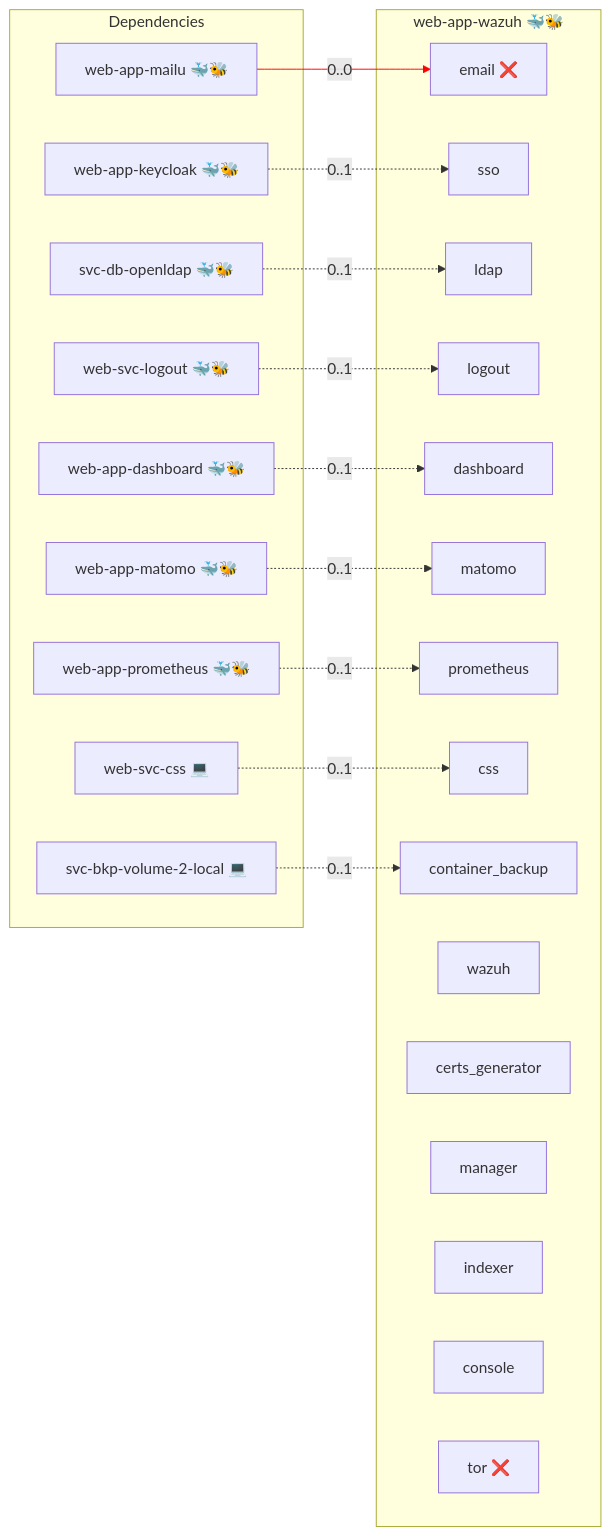
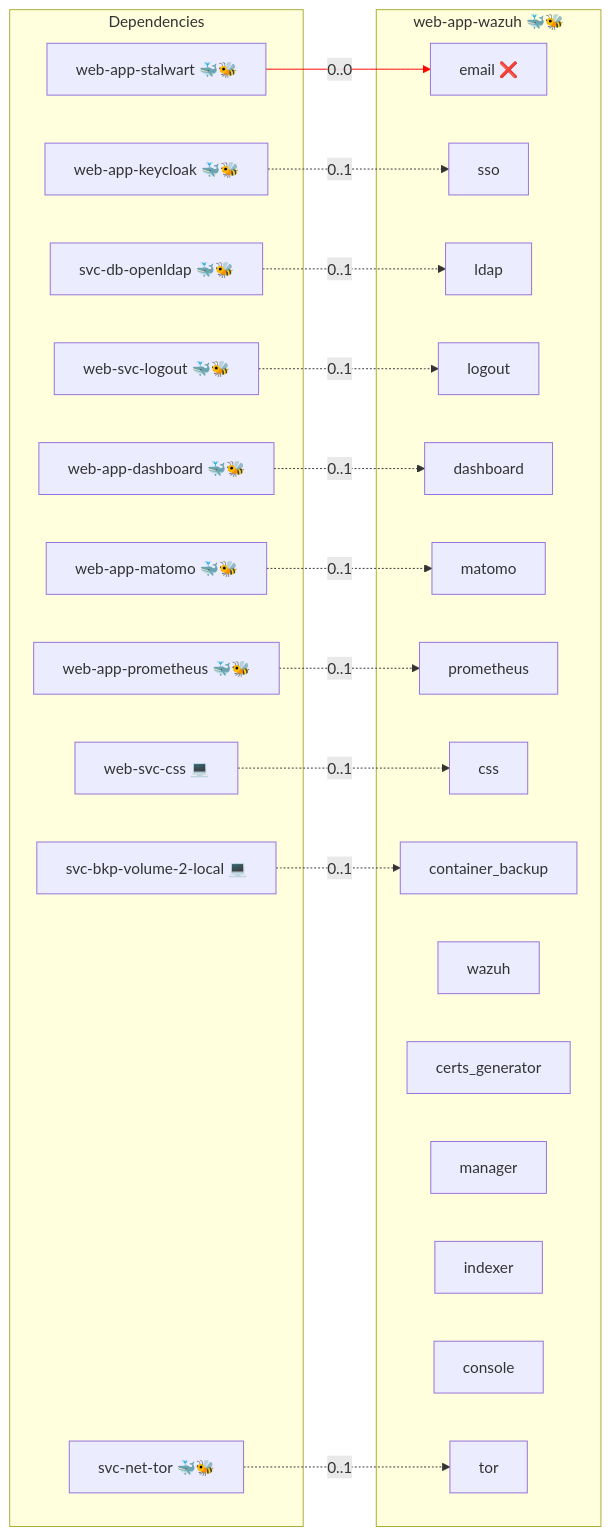
One commit to infinito-nexus/core changed the first of 2 diagrams in roles/web-app-wazuh/README.md. Above: the diagram before and after it, drawn with Mermaid. The commit also changed 14 other files, not shown here.

First line of the commit message:
fix(web-app-wazuh): address PR review feedback

````diff
--- a/roles/web-app-wazuh/README.md
+++ b/roles/web-app-wazuh/README.md
@@ -18,41 +18,43 @@
 ```mermaid
 flowchart LR
     subgraph deps [Dependencies]
         dep_svc_bkp_volume_2_local["svc-bkp-volume-2-local 💻"]
         dep_svc_db_openldap["svc-db-openldap 🐳🐝"]
+        dep_svc_net_tor["svc-net-tor 🐳🐝"]
         dep_web_app_dashboard["web-app-dashboard 🐳🐝"]
         dep_web_app_keycloak["web-app-keycloak 🐳🐝"]
-        dep_web_app_mailu["web-app-mailu 🐳🐝"]
         dep_web_app_matomo["web-app-matomo 🐳🐝"]
         dep_web_app_prometheus["web-app-prometheus 🐳🐝"]
+        dep_web_app_stalwart["web-app-stalwart 🐳🐝"]
         dep_web_svc_css["web-svc-css 💻"]
         dep_web_svc_logout["web-svc-logout 🐳🐝"]
     end
     subgraph role [web-app-wazuh 🐳🐝]
         svc_email["email ❌"]
         svc_sso["sso"]
         svc_ldap["ldap"]
         svc_logout["logout"]
         svc_dashboard["dashboard"]
         svc_matomo["matomo"]
         svc_prometheus["prometheus"]
         svc_css["css"]
         svc_container_backup["container_backup"]
         svc_wazuh["wazuh"]
         svc_certs_generator["certs_generator"]
         svc_manager["manager"]
         svc_indexer["indexer"]
         svc_console["console"]
-        svc_tor["tor ❌"]
+        svc_tor["tor"]
     end
     dep_svc_bkp_volume_2_local -. "0..1" .-> svc_container_backup
     dep_svc_db_openldap -. "0..1" .-> svc_ldap
+    dep_svc_net_tor -. "0..1" .-> svc_tor
     dep_web_app_dashboard -. "0..1" .-> svc_dashboard
     dep_web_app_keycloak -. "0..1" .-> svc_sso
-    dep_web_app_mailu -- "0..0" --> svc_email
     dep_web_app_matomo -. "0..1" .-> svc_matomo
     dep_web_app_prometheus -. "0..1" .-> svc_prometheus
+    dep_web_app_stalwart -- "0..0" --> svc_email
     dep_web_svc_css -. "0..1" .-> svc_css
     dep_web_svc_logout -. "0..1" .-> svc_logout
-    linkStyle 4 stroke:red;
+    linkStyle 7 stroke:red;
 ```
````
